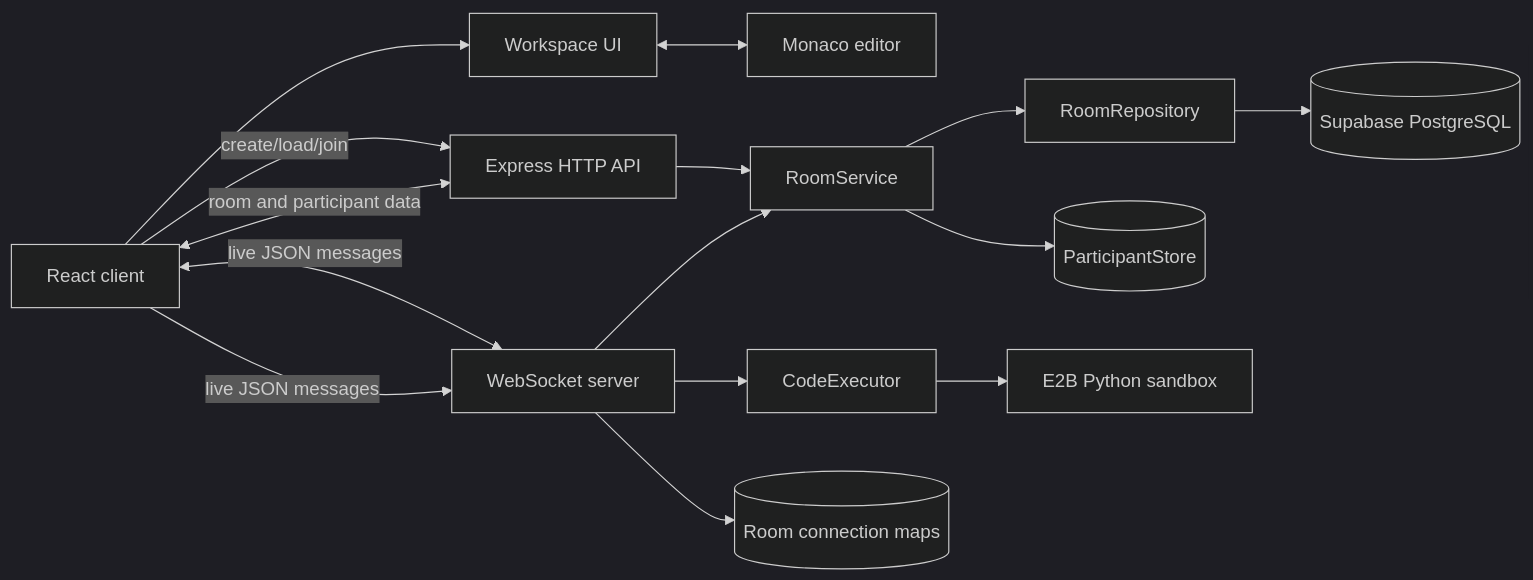
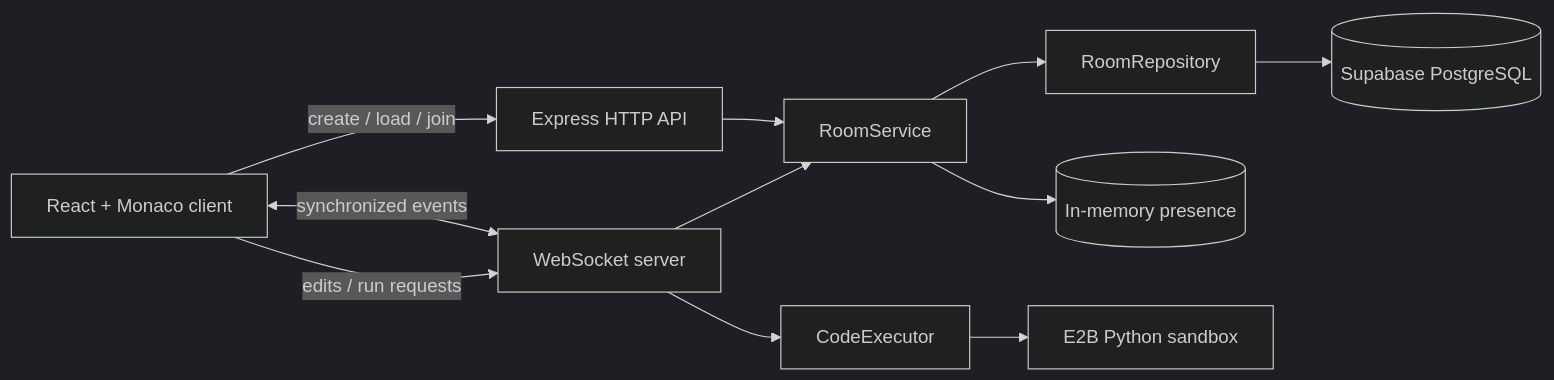
The first of 2 diagrams in README.md (Amit-Mahato54322/code-together), drawn with Mermaid (dark theme) before and after one commit. The commit also changed other lines of this file and 2 other files, not shown here.

````diff
--- a/README.md
+++ b/README.md
@@ -80,30 +44,23 @@
 ```mermaid
 flowchart LR
-    Browser[React client]
-    UI[Workspace UI]
-    Monaco[Monaco editor]
+    Client[React + Monaco client]
     HTTP[Express HTTP API]
     WS[WebSocket server]
     Service[RoomService]
     Repository[RoomRepository]
-    Rooms[(Supabase PostgreSQL)]
+    Database[(Supabase PostgreSQL)]
+    Presence[(In-memory presence)]
     Executor[CodeExecutor]
     E2B[E2B Python sandbox]
-    Participants[(ParticipantStore)]
-    Connections[(Room connection maps)]
 
-    Browser --> UI
-    UI <--> Monaco
-    Browser -- create/load/join --> HTTP
-    Browser <-- room and participant data --> HTTP
-    Browser <-- live JSON messages --> WS
-    Browser -- live JSON messages --> WS
+    Client -- create / load / join --> HTTP
+    Client <-- synchronized events --> WS
+    Client -- edits / run requests --> WS
     HTTP --> Service
     WS --> Service
     Service --> Repository
-    Repository --> Rooms
+    Repository --> Database
+    Service --> Presence
     WS --> Executor
     Executor --> E2B
-    Service --> Participants
-    WS --> Connections
 ```
````
